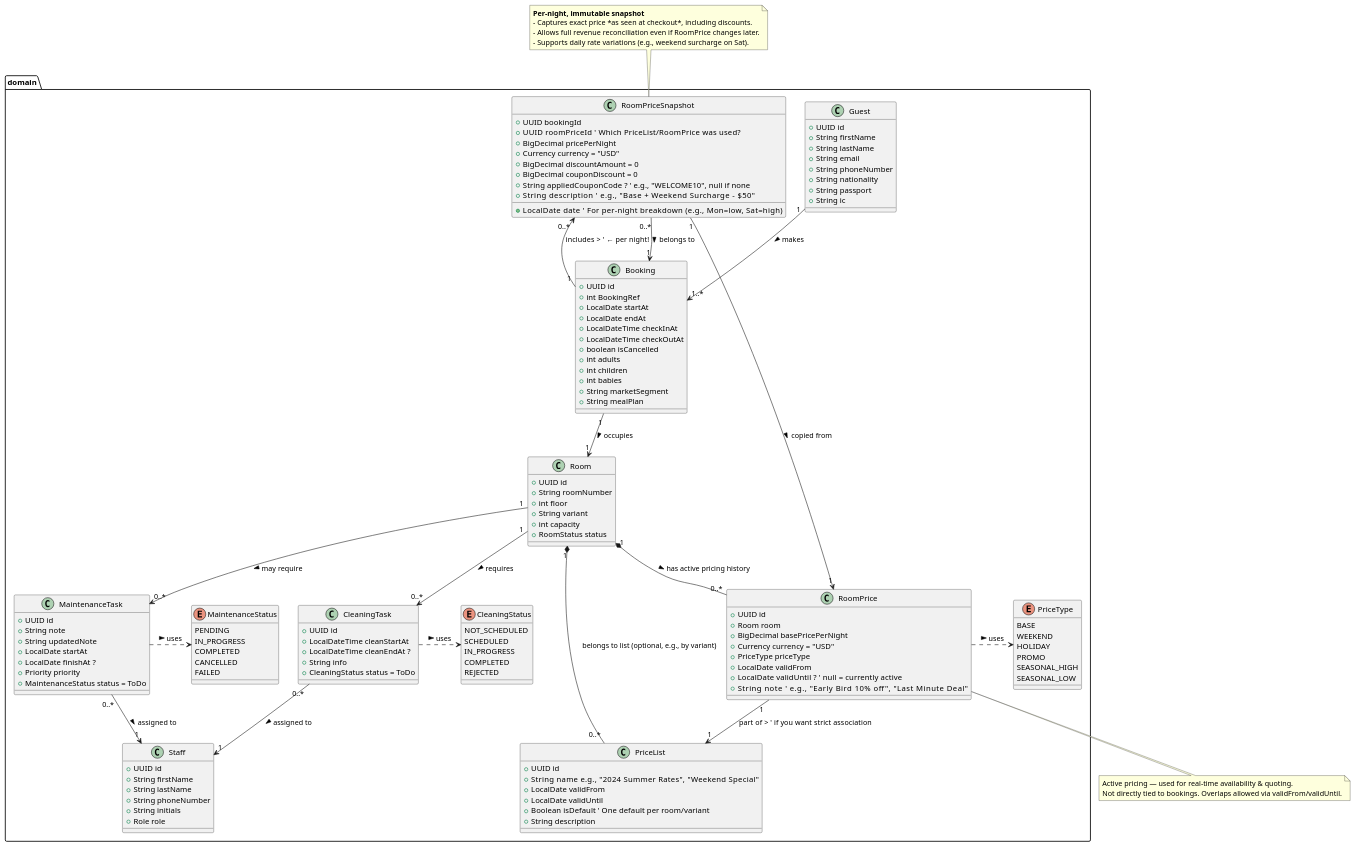
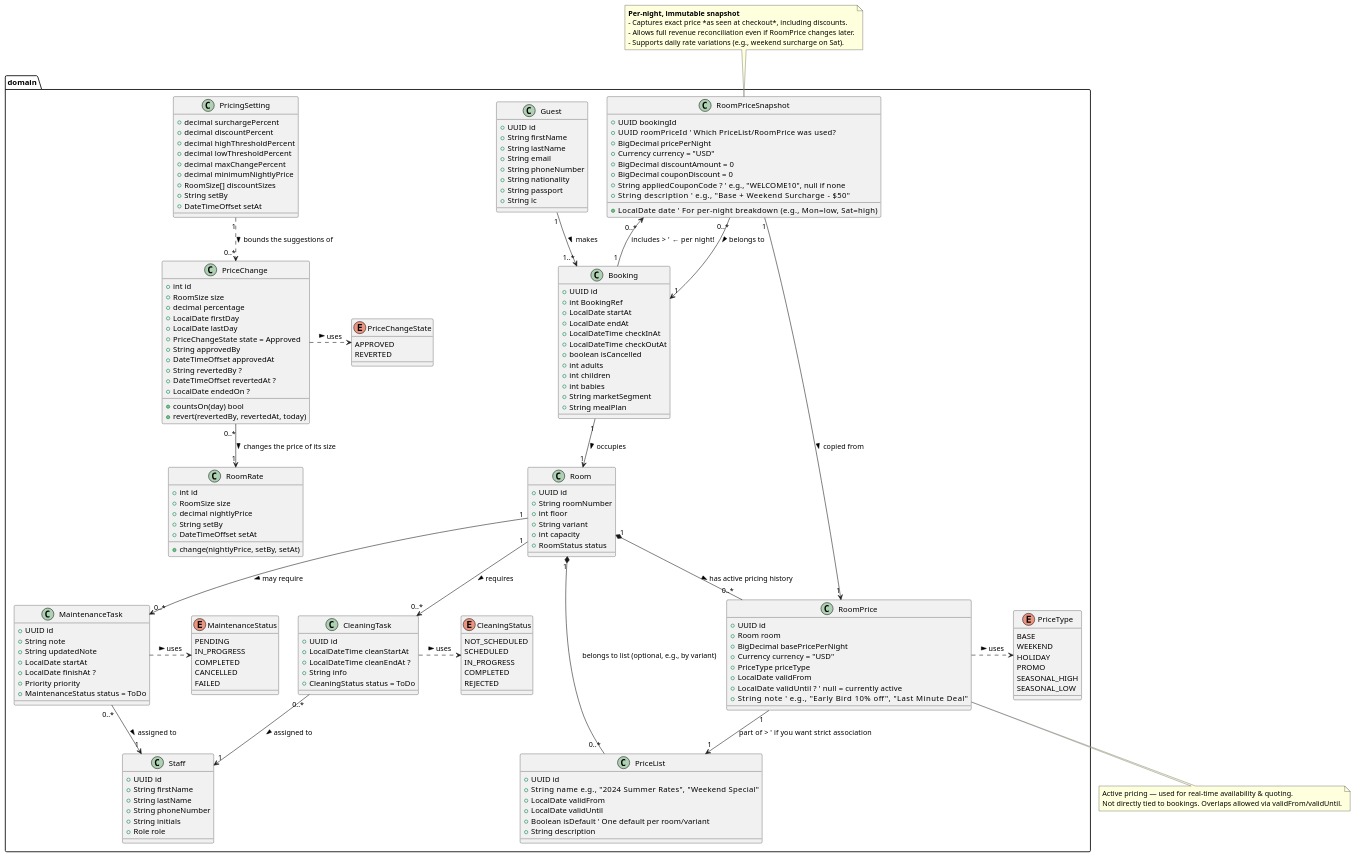
The diagram in docs/dcd.puml (NF-Hotel/NFHotel), drawn with PlantUML before and after one commit. The commit also changed 2 other files, not shown here.

Commit message:
Align MIL-055 text with the code and add the pricing classes to the DCD

```diff
--- a/docs/dcd.puml
+++ b/docs/dcd.puml
@@ -122,6 +122,49 @@
     SEASONAL_HIGH
     SEASONAL_LOW
   }
+
+  ' === Price suggestions (MIL-055) ===
+  class RoomRate {
+    +int id
+    +RoomSize size
+    +decimal nightlyPrice
+    +String setBy
+    +DateTimeOffset setAt
+    +change(nightlyPrice, setBy, setAt)
+  }
+
+  class PriceChange {
+    +int id
+    +RoomSize size
+    +decimal percentage
+    +LocalDate firstDay
+    +LocalDate lastDay
+    +PriceChangeState state = Approved
+    +String approvedBy
+    +DateTimeOffset approvedAt
+    +String revertedBy ?
+    +DateTimeOffset revertedAt ?
+    +LocalDate endedOn ?
+    +countsOn(day) bool
+    +revert(revertedBy, revertedAt, today)
+  }
+
+  class PricingSetting {
+    +decimal surchargePercent
+    +decimal discountPercent
+    +decimal highThresholdPercent
+    +decimal lowThresholdPercent
+    +decimal maxChangePercent
+    +decimal minimumNightlyPrice
+    +RoomSize[] discountSizes
+    +String setBy
+    +DateTimeOffset setAt
+  }
+
+  enum PriceChangeState {
+    APPROVED
+    REVERTED
+  }
 }
 
 ' === Relationships ===
@@ -147,6 +190,12 @@
 MaintenanceTask .> MaintenanceStatus : uses >
 RoomPrice .> PriceType : uses >
 
+' PriceSuggestion is computed (PriceSuggestionRule), never stored: it becomes a PriceChange when a Manager approves it.
+' Effective price of a size on a day = RoomRate x the one PriceChange that counts on that day (no overlap per size).
+PriceChange "0..*" --> "1" RoomRate : changes the price of its size >
+PriceChange .> PriceChangeState : uses >
+PricingSetting "1" ..> "0..*" PriceChange : bounds the suggestions of >
+
 
 ' === Notes ===
 note top of RoomPriceSnapshot
```
